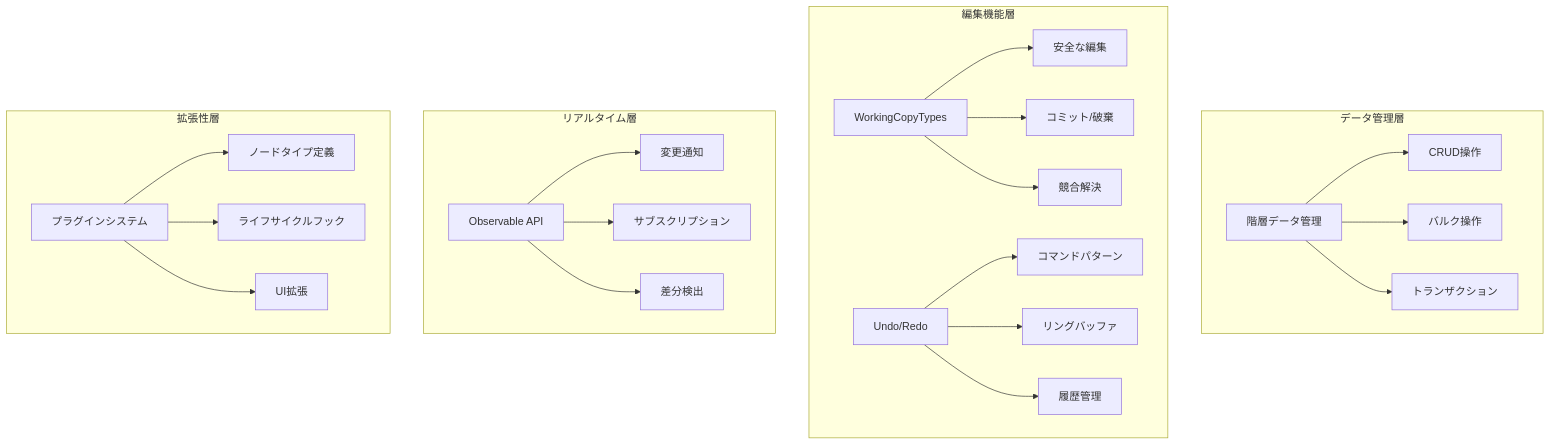
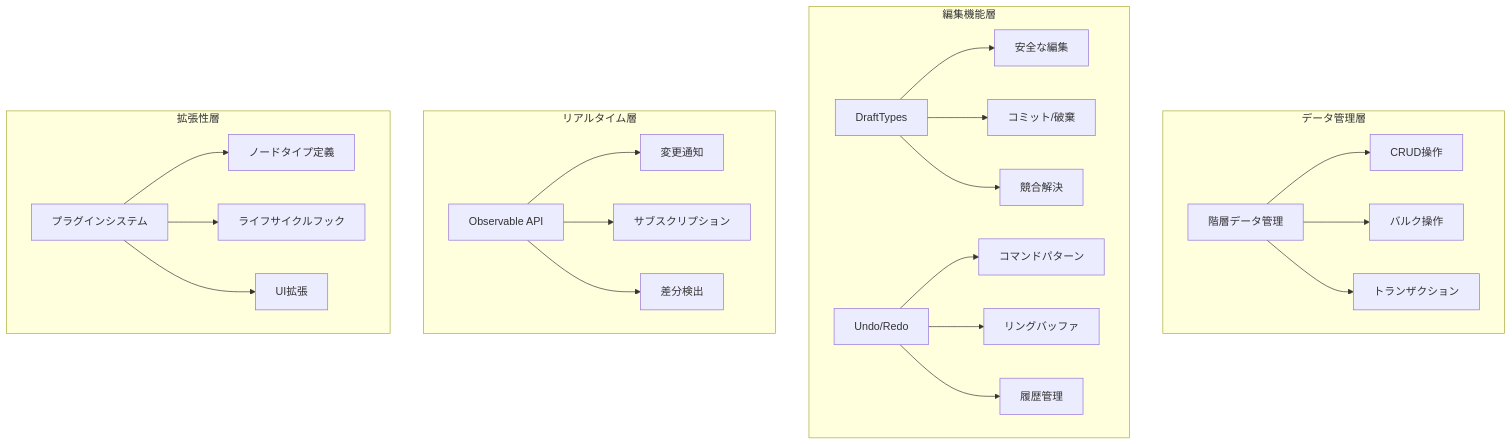
Before and after one commit to kubohiroya/hierarchidb: the third of 23 diagrams in docs/DEVELOPER_REPORT_COMPREHENSIVE/01_EXECUTIVE_SUMMARY.md, drawn with Mermaid. The commit also changed other lines of this file and 796 other files, not shown here.

````diff
--- a/docs/DEVELOPER_REPORT_COMPREHENSIVE/01_EXECUTIVE_SUMMARY.md
+++ b/docs/DEVELOPER_REPORT_COMPREHENSIVE/01_EXECUTIVE_SUMMARY.md
@@ -66,30 +66,30 @@
 ```mermaid
 graph TB
     subgraph "データ管理層"
         A[階層データ管理] --> A1[CRUD操作]
         A --> A2[バルク操作]
         A --> A3[トランザクション]
     end
     
     subgraph "編集機能層"
-        B[WorkingCopyTypes] --> B1[安全な編集]
+        B[DraftTypes] --> B1[安全な編集]
         B --> B2[コミット/破棄]
         B --> B3[競合解決]
         
         C[Undo/Redo] --> C1[コマンドパターン]
         C --> C2[リングバッファ]
         C --> C3[履歴管理]
     end
     
     subgraph "リアルタイム層"
         D[Observable API] --> D1[変更通知]
         D --> D2[サブスクリプション]
         D --> D3[差分検出]
     end
     
     subgraph "拡張性層"
         E[プラグインシステム] --> E1[ノードタイプ定義]
         E --> E2[ライフサイクルフック]
         E --> E3[UI拡張]
     end
 ```
````
